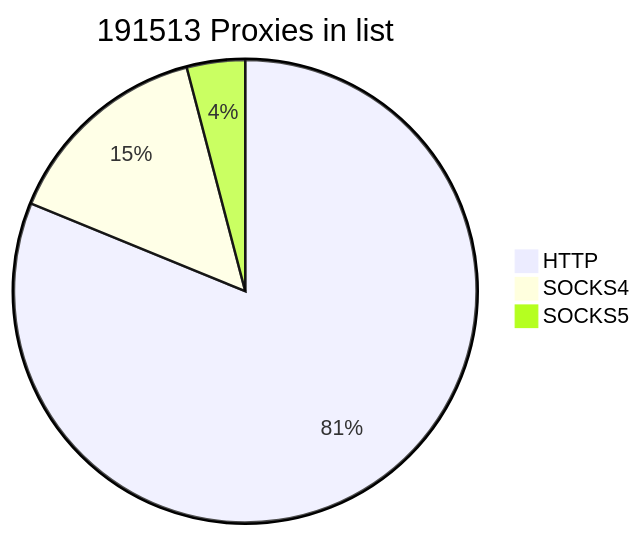
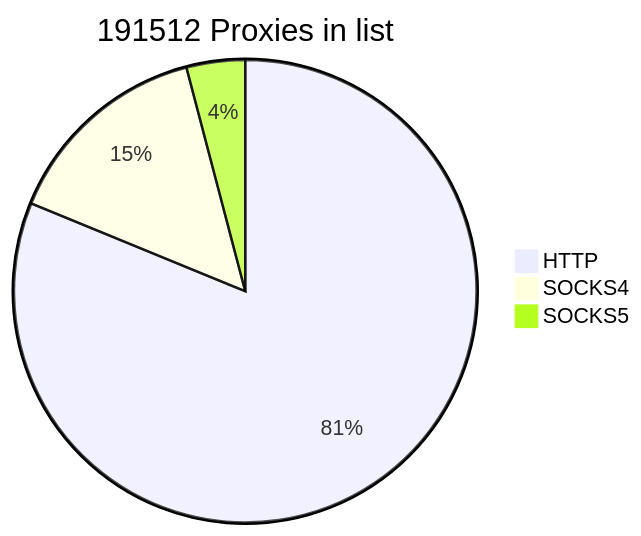
Before and after one commit to cutipu/proxylist: the first of 2 diagrams in README.md, drawn with Mermaid. The commit also changed other lines of this file, not shown here.

````diff
--- a/README.md
+++ b/README.md
@@ -2,7 +2,7 @@
 ```mermaid
-pie title 191513 Proxies in list
-    "HTTP" : 155491
-    "SOCKS4" : 28225
-    "SOCKS5" : 7797
+pie title 191512 Proxies in list
+    "HTTP" : 155503
+    "SOCKS4" : 28177
+    "SOCKS5" : 7832
             
 ```
````
